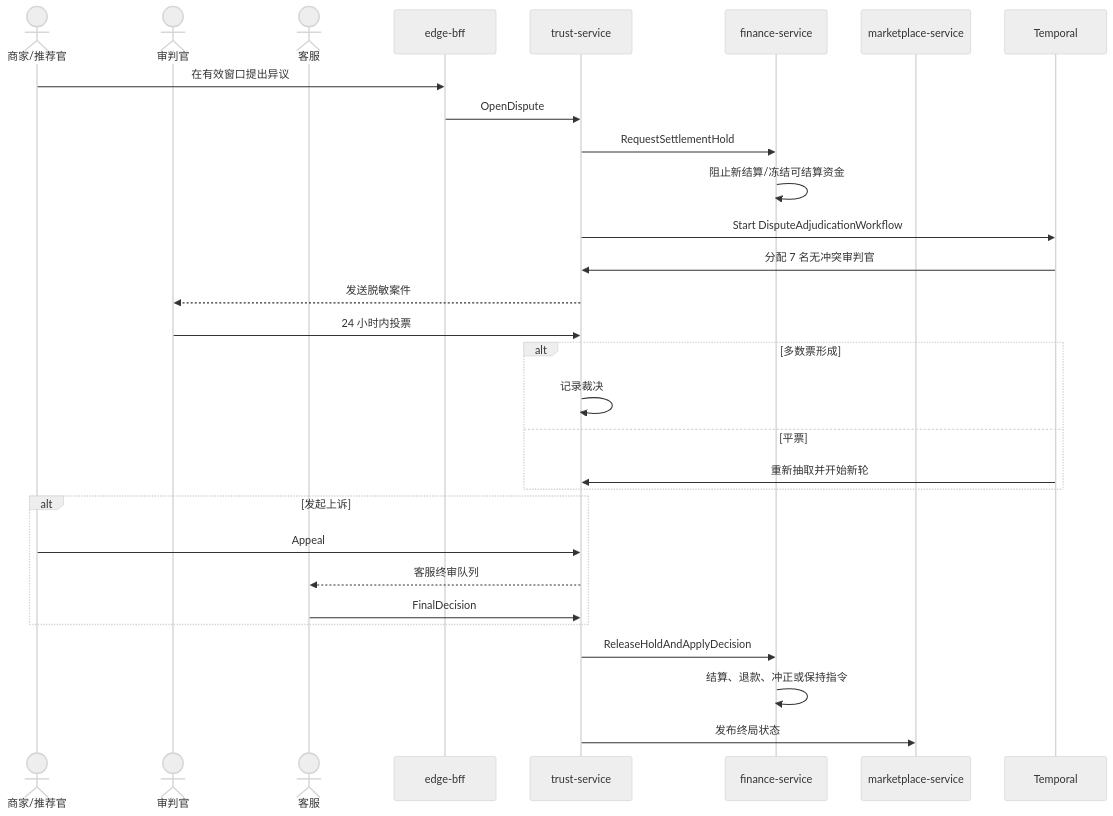
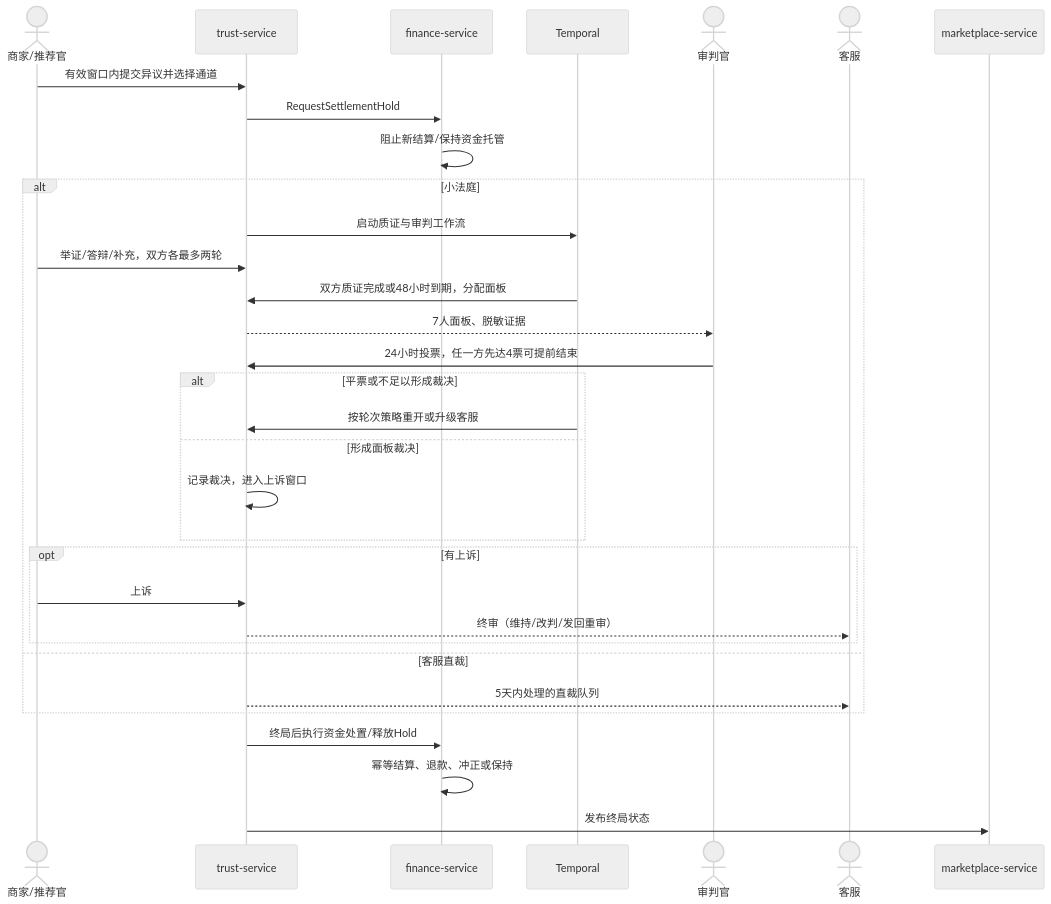
One commit to LXHeart/y-1 changed the ninth of 10 diagrams in docs/架构/草场系统技术总体设计（HLD-v0.1）.md. Above: the diagram before and after it, drawn with Mermaid (neutral theme). The commit also changed other lines of this file and 24 other files, not shown here.

````diff
--- a/docs/架构/草场系统技术总体设计（HLD-v0.1）.md
+++ b/docs/架构/草场系统技术总体设计（HLD-v0.1）.md
@@ -736,36 +760,35 @@
 ```mermaid
 sequenceDiagram
   actor Party as 商家/推荐官
+  participant Trust as trust-service
+  participant Finance as finance-service
+  participant Temporal as Temporal
   actor Judge as 审判官
   actor Support as 客服
-  participant BFF as edge-bff
-  participant Trust as trust-service
-  participant Finance as finance-service
   participant Market as marketplace-service
-  participant Temporal as Temporal
 
-  Party->>BFF: 在有效窗口提出异议
-  BFF->>Trust: OpenDispute
+  Party->>Trust: 有效窗口内提交异议并选择通道
   Trust->>Finance: RequestSettlementHold
-  Finance->>Finance: 阻止新结算/冻结可结算资金
-  Trust->>Temporal: Start DisputeAdjudicationWorkflow
-
-  Temporal->>Trust: 分配 7 名无冲突审判官
-  Trust-->>Judge: 发送脱敏案件
-  Judge->>Trust: 24 小时内投票
-  alt 多数票形成
-    Trust->>Trust: 记录裁决
-  else 平票
-    Temporal->>Trust: 重新抽取并开始新轮
+  Finance->>Finance: 阻止新结算/保持资金托管
+  alt 小法庭
+    Trust->>Temporal: 启动质证与审判工作流
+    Party->>Trust: 举证/答辩/补充，双方各最多两轮
+    Temporal->>Trust: 双方质证完成或48小时到期，分配面板
+    Trust-->>Judge: 7人面板、脱敏证据
+    Judge->>Trust: 24小时投票，任一方先达4票可提前结束
+    alt 平票或不足以形成裁决
+      Temporal->>Trust: 按轮次策略重开或升级客服
+    else 形成面板裁决
+      Trust->>Trust: 记录裁决，进入上诉窗口
+    end
+    opt 有上诉
+      Party->>Trust: 上诉
+      Trust-->>Support: 终审（维持/改判/发回重审）
+    end
+  else 客服直裁
+    Trust-->>Support: 5天内处理的直裁队列
   end
-
-  alt 发起上诉
-    Party->>Trust: Appeal
-    Trust-->>Support: 客服终审队列
-    Support->>Trust: FinalDecision
-  end
-
-  Trust->>Finance: ReleaseHoldAndApplyDecision
-  Finance->>Finance: 结算、退款、冲正或保持指令
+  Trust->>Finance: 终局后执行资金处置/释放Hold
+  Finance->>Finance: 幂等结算、退款、冲正或保持
   Trust->>Market: 发布终局状态
 ```
````
